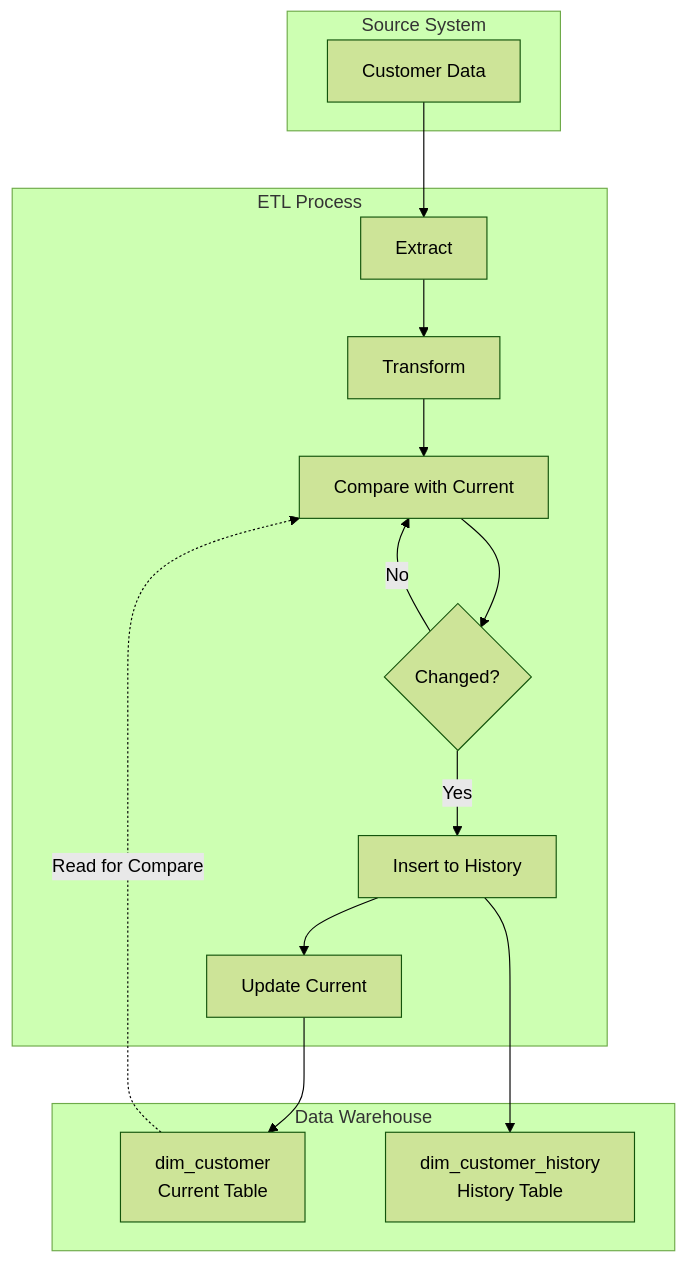
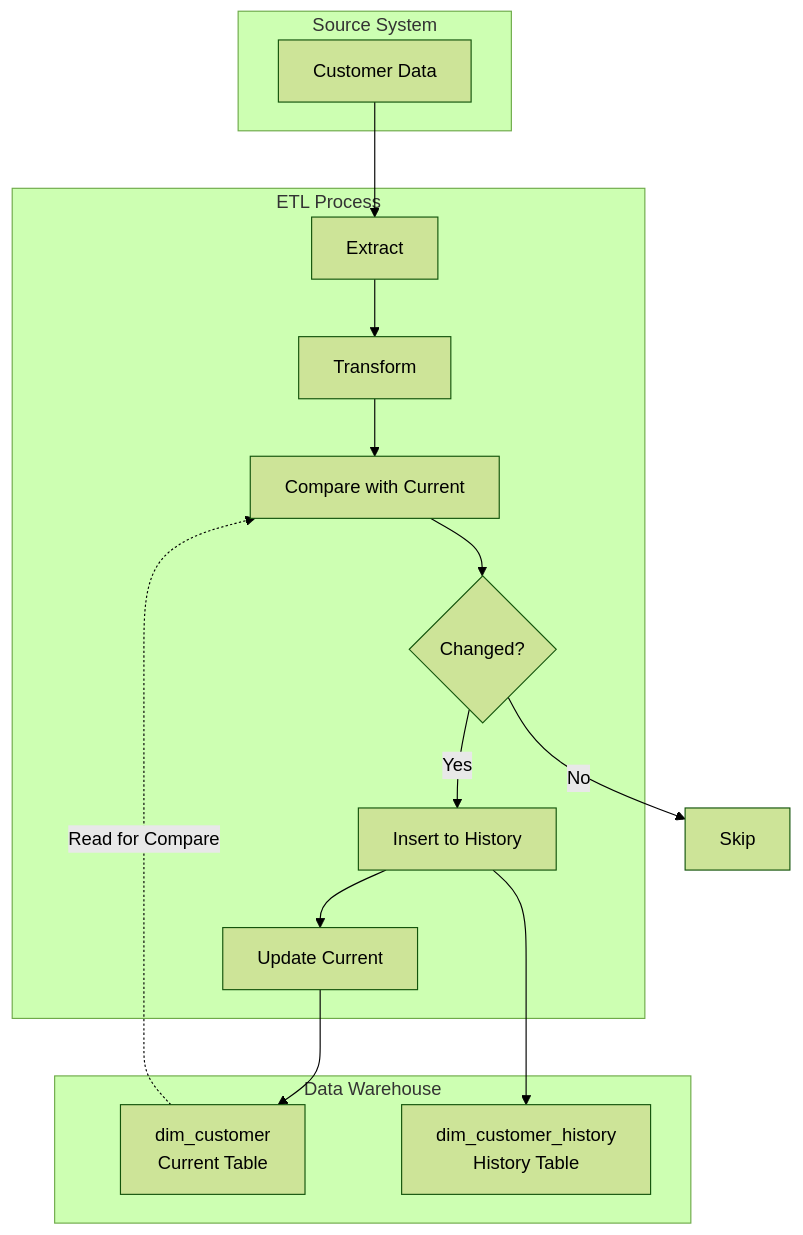
Before and after one commit to OneUptime/blog: the first of 3 diagrams in posts/2026-01-30-data-warehouse-type4-scd/README.md, drawn with Mermaid (forest theme). The commit also changed other lines of this file and 2 other files, not shown here.

````diff
--- a/posts/2026-01-30-data-warehouse-type4-scd/README.md
+++ b/posts/2026-01-30-data-warehouse-type4-scd/README.md
@@ -32,29 +32,29 @@
 ```mermaid
 flowchart TB
     subgraph Source["Source System"]
         S[Customer Data]
     end
 
     subgraph ETL["ETL Process"]
         E1[Extract]
         E2[Transform]
         E3[Compare with Current]
         E4{Changed?}
         E5[Insert to History]
         E6[Update Current]
     end
 
     subgraph DW["Data Warehouse"]
         C[dim_customer<br/>Current Table]
         H[dim_customer_history<br/>History Table]
     end
 
     S --> E1 --> E2 --> E3
     E3 --> E4
     E4 -->|Yes| E5
     E5 --> E6
     E6 --> C
     E5 --> H
-    E4 -->|No| E3
+    E4 -->|No| E7[Skip]
     C -.->|Read for Compare| E3
 ```
````
